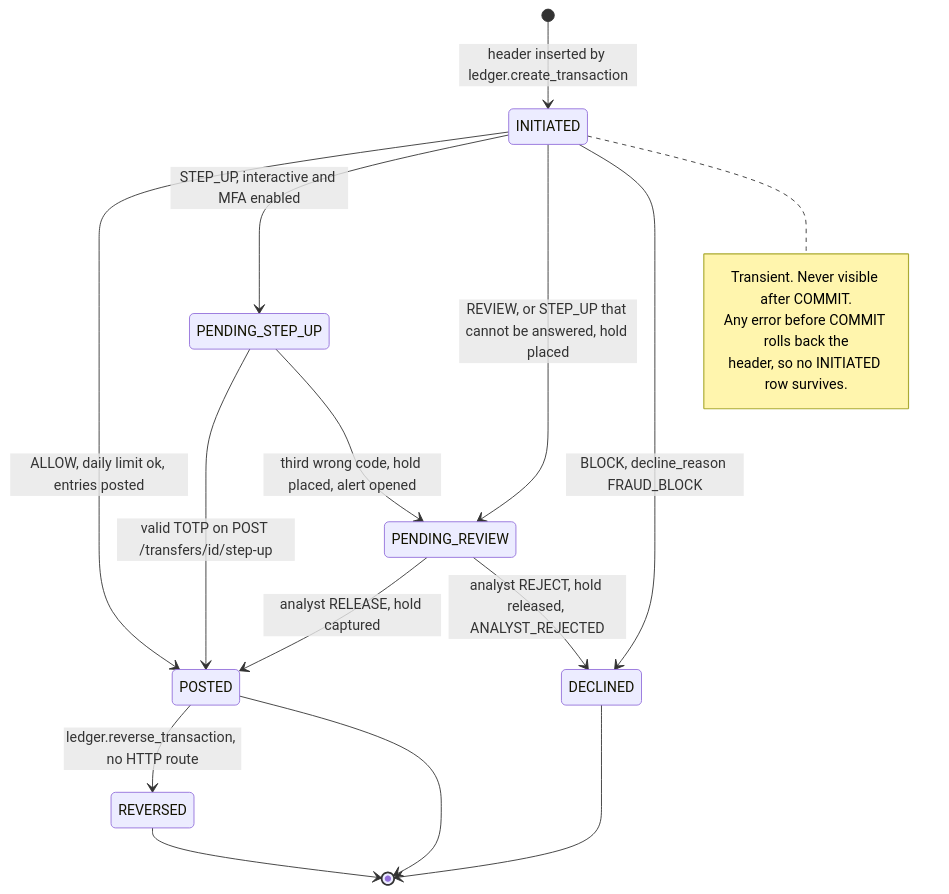
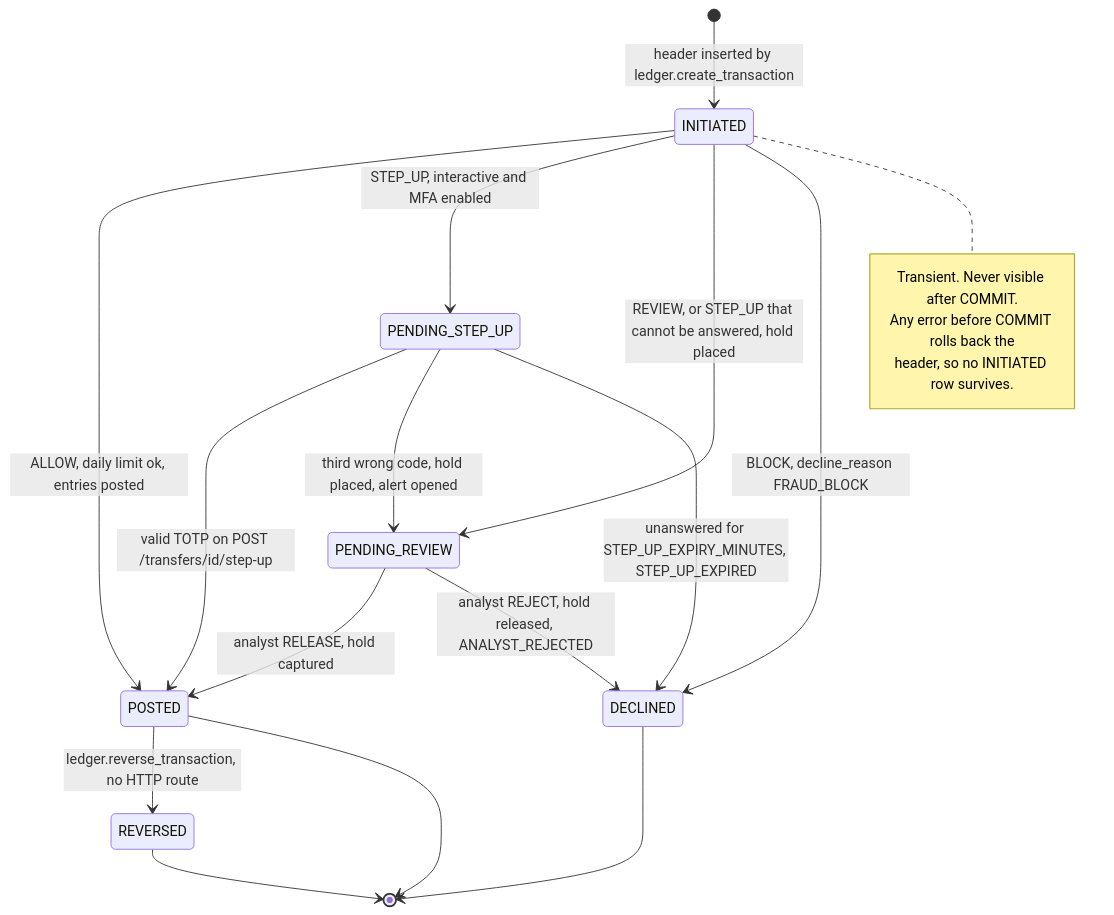
The first of 8 diagrams in docs/architecture/LLD.md (rachitst/pbip), drawn with Mermaid before and after one commit. The commit also changed other lines of this file and 18 other files, not shown here.

First line of the commit message:
fix(payments): expire unanswered step-ups and enforce the idempotency key TTL (#369)

````diff
--- a/docs/architecture/LLD.md
+++ b/docs/architecture/LLD.md
@@ -582,21 +580,22 @@
 ```mermaid
 stateDiagram-v2
     [*] --> INITIATED: header inserted by ledger.create_transaction
     INITIATED --> POSTED: ALLOW, daily limit ok, entries posted
     INITIATED --> PENDING_STEP_UP: STEP_UP, interactive and MFA enabled
     INITIATED --> PENDING_REVIEW: REVIEW, or STEP_UP that cannot be answered, hold placed
     INITIATED --> DECLINED: BLOCK, decline_reason FRAUD_BLOCK
     PENDING_STEP_UP --> POSTED: valid TOTP on POST /transfers/id/step-up
     PENDING_STEP_UP --> PENDING_REVIEW: third wrong code, hold placed, alert opened
+    PENDING_STEP_UP --> DECLINED: unanswered for STEP_UP_EXPIRY_MINUTES, STEP_UP_EXPIRED
     PENDING_REVIEW --> POSTED: analyst RELEASE, hold captured
     PENDING_REVIEW --> DECLINED: analyst REJECT, hold released, ANALYST_REJECTED
     POSTED --> REVERSED: ledger.reverse_transaction, no HTTP route
     POSTED --> [*]
     DECLINED --> [*]
     REVERSED --> [*]
     note right of INITIATED
         Transient. Never visible after COMMIT.
         Any error before COMMIT rolls back the
         header, so no INITIATED row survives.
     end note
 ```
````
